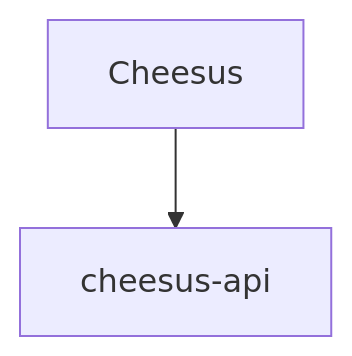
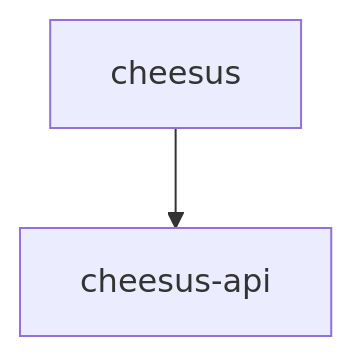
One commit to wlee88/cheesus changed the diagram in README.md. Above: the diagram before and after it, drawn with Mermaid. The commit also changed other lines of this file and 28 other files, not shown here.

````diff
--- a/README.md
+++ b/README.md
@@ -13,7 +13,7 @@
 ```mermaid
 graph TD
 
-A[Cheesus] --> B[cheesus-api]
+A[cheesus] --> B[cheesus-api]
 
 
 ```
````
